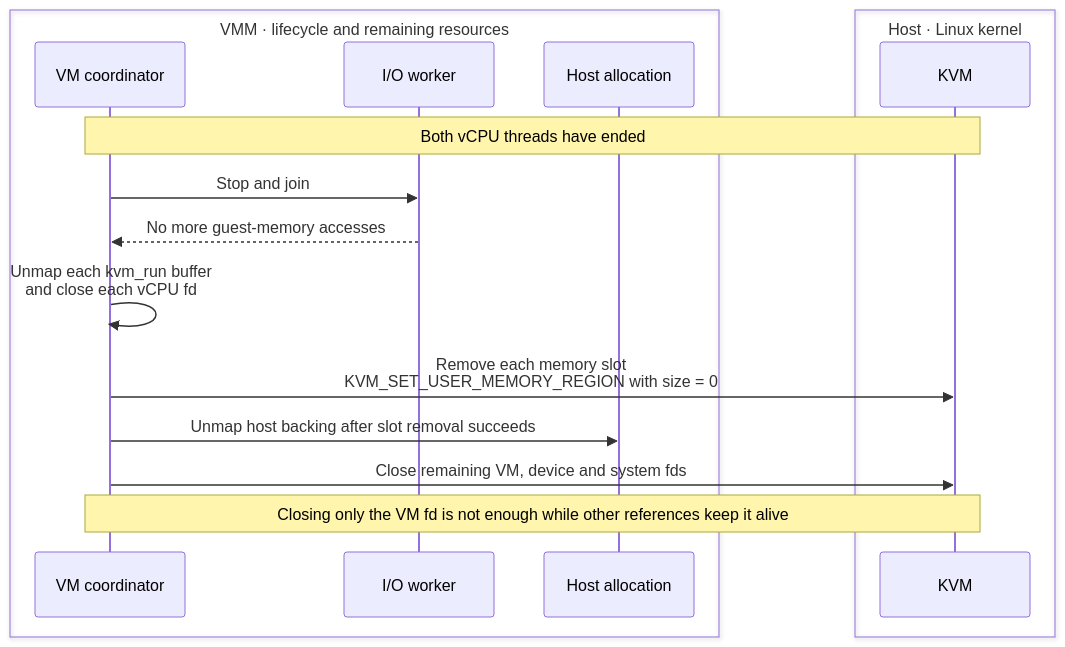
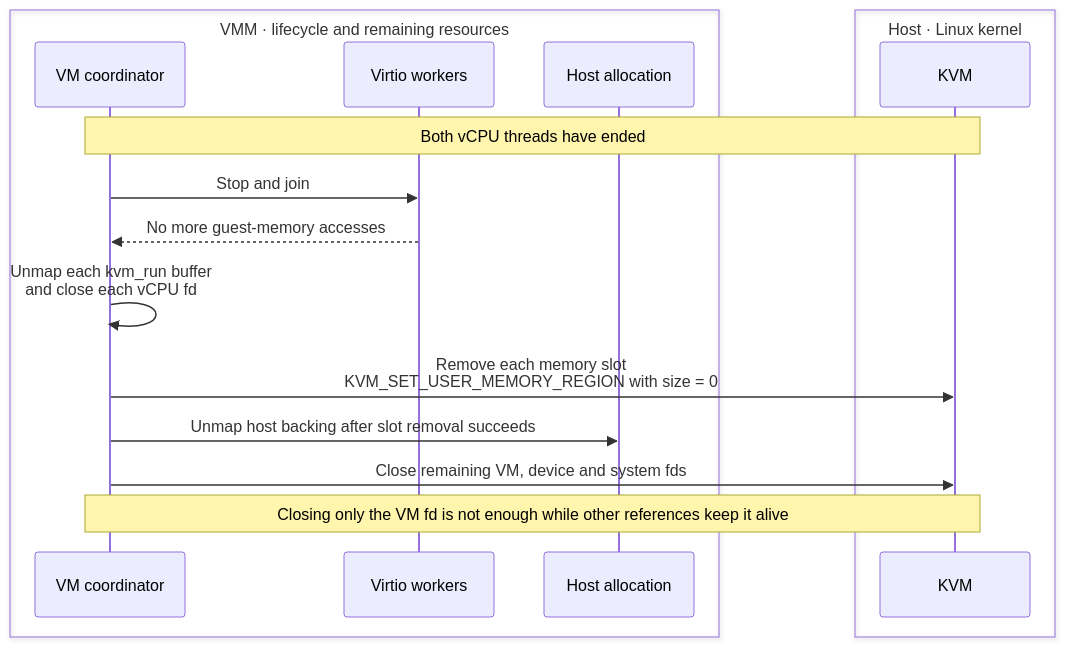
Before and after one commit to boxlite-ai/boxlite: diagram 12 of 14 in docs/contributing/architecture/vmm/kvm.md, drawn with Mermaid. The commit also changed other lines of this file and 21 other files, not shown here.

First line of the commit message:
feat(vmm): add the virtio workers

````diff
--- a/docs/contributing/architecture/vmm/kvm.md
+++ b/docs/contributing/architecture/vmm/kvm.md
@@ -408,25 +408,25 @@
 ```mermaid
 sequenceDiagram
   box VMM · lifecycle and remaining resources
     participant coordinator as VM coordinator
-    participant worker as I/O worker
+    participant worker as Virtio workers
     participant backing as Host allocation
   end
   box Host · Linux kernel
     participant host_api as KVM
   end
   Note over coordinator,host_api: Both vCPU threads have ended
   %% edge:kvm_13_e1
   coordinator->>worker: Stop and join
   %% edge:kvm_13_e2
   worker-->>coordinator: No more guest-memory accesses
   %% edge:kvm_13_e3
   coordinator->>coordinator: Unmap each kvm_run buffer<br/>and close each vCPU fd
   %% edge:kvm_13_e4
   coordinator->>host_api: Remove each memory slot<br/>KVM_SET_USER_MEMORY_REGION with size = 0
   %% edge:kvm_13_e5
   coordinator->>backing: Unmap host backing after slot removal succeeds
   %% edge:kvm_13_e6
   coordinator->>host_api: Close remaining VM, device and system fds
   Note over coordinator,host_api: Closing only the VM fd is not enough while other references keep it alive
 ```
````
